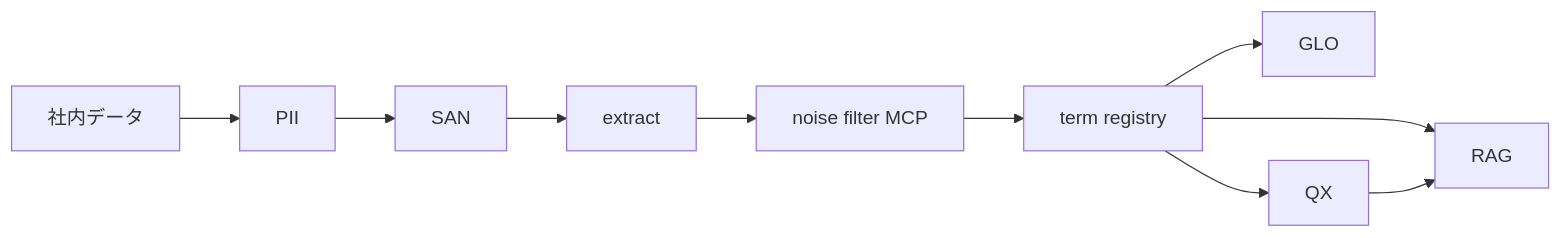
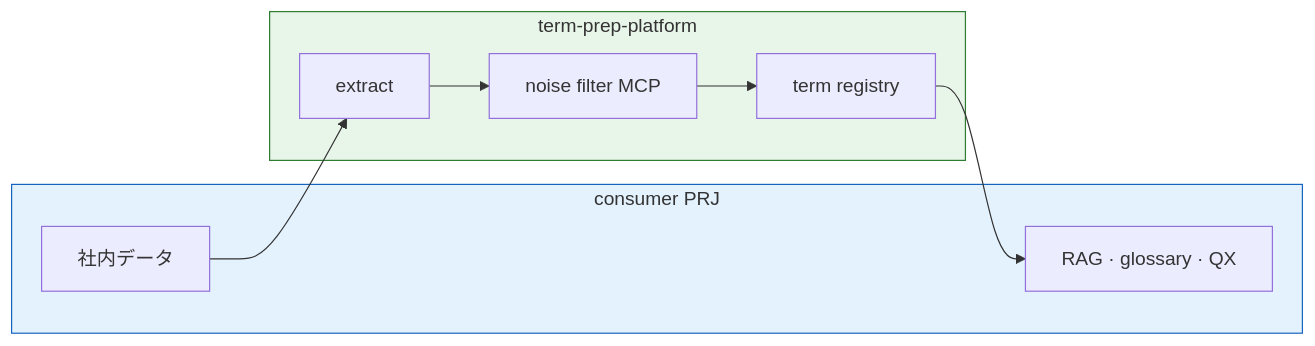
Before and after one commit to wombat2006/term-prep-platform: the diagram in meta/glossary-pipeline/README.md, drawn with Mermaid. The commit also changed other lines of this file and 8 other files, not shown here.

First line of the commit message:
docs: document platform scope and update UML diagrams

````diff
--- a/meta/glossary-pipeline/README.md
+++ b/meta/glossary-pipeline/README.md
@@ -23,6 +25,15 @@
 ```mermaid
 flowchart LR
-  D[社内データ] --> PII --> SAN --> EXT[extract] --> NF[noise filter MCP] --> REG[term registry]
-  REG --> RAG & GLO & QX
-  QX --> RAG
+  subgraph consumer ["consumer PRJ"]
+    D[社内データ]
+    OUT[RAG · glossary · QX]
+  end
+  subgraph prep ["term-prep-platform"]
+    EXT[extract] --> NF[noise filter MCP] --> REG[term registry]
+  end
+  D --> EXT
+  REG --> OUT
+
+  style prep fill:#e8f5e9,stroke:#2e7d32
+  style consumer fill:#e3f2fd,stroke:#1565c0
 ```
````
